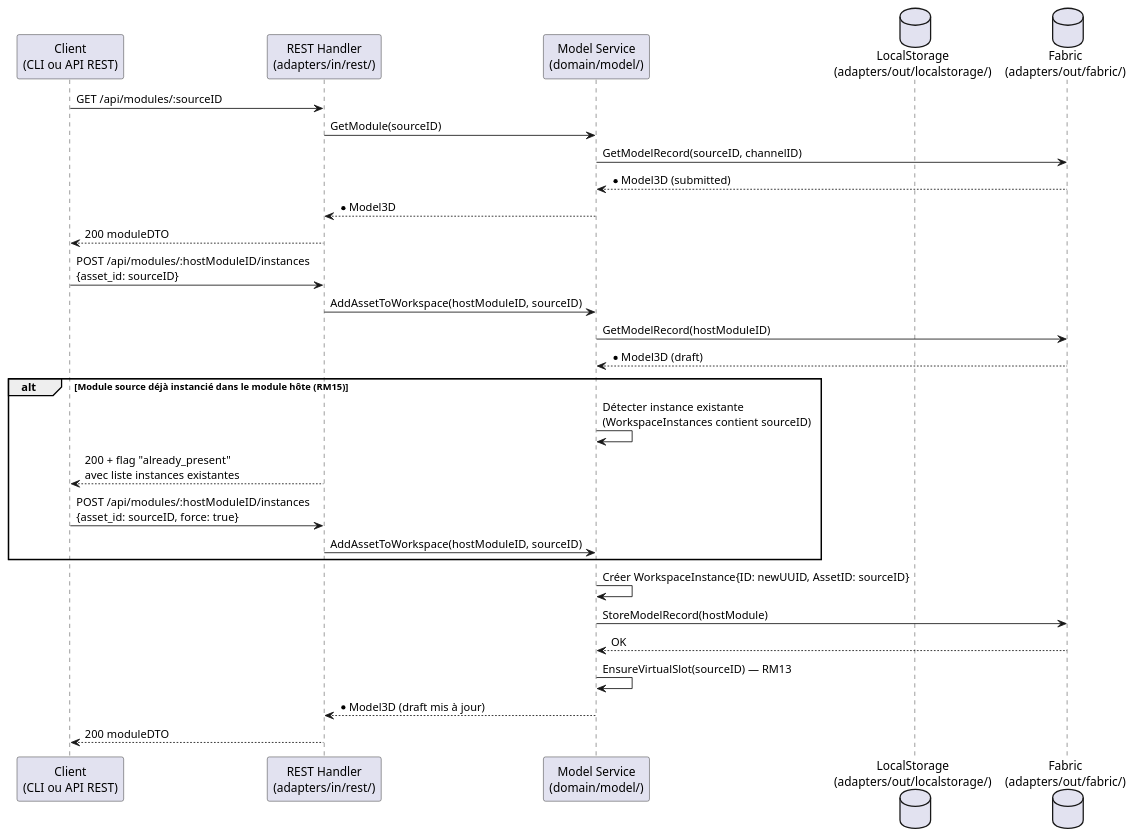
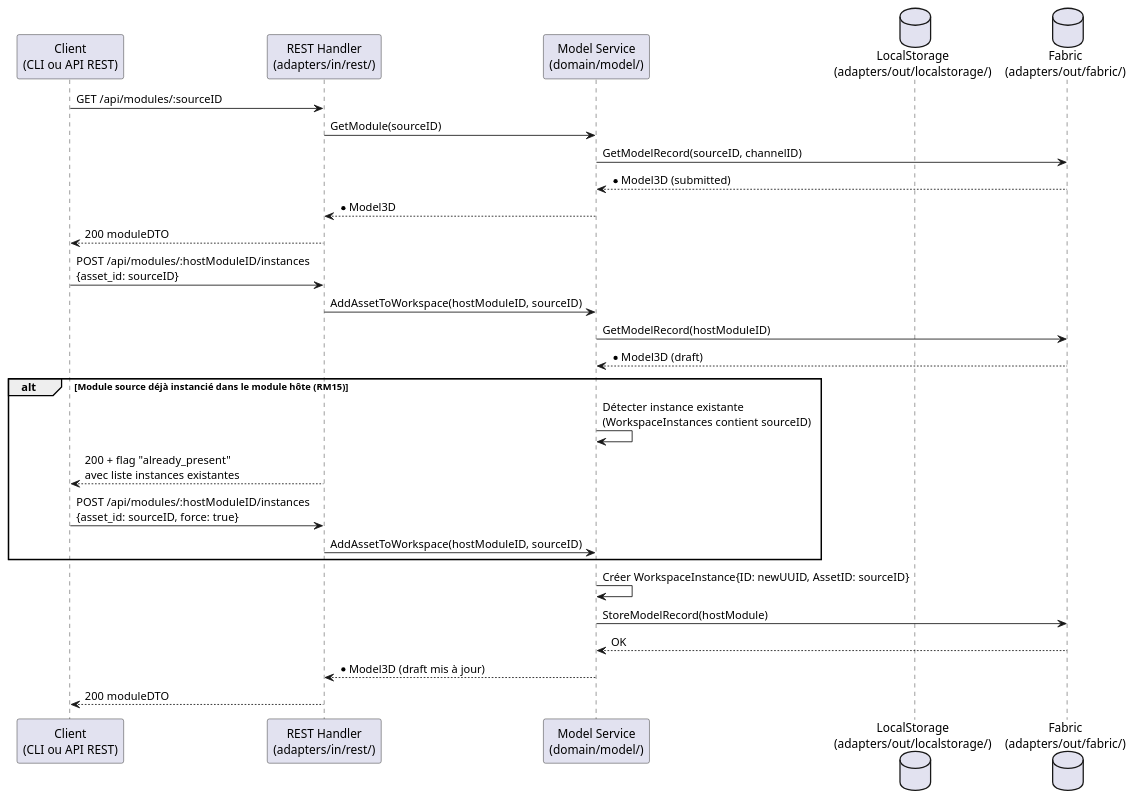
Before and after one commit to myr-forge/myr-core: the second of 2 diagrams in specs/2-Analyse/UCMOD-Module/UCMOD02.md, drawn with PlantUML. The commit also changed other lines of this file and 49 other files, not shown here.

````diff
--- a/specs/2-Analyse/UCMOD-Module/UCMOD02.md
+++ b/specs/2-Analyse/UCMOD-Module/UCMOD02.md
@@ -137,35 +134,34 @@
 ```plantuml
 @startuml
 participant "Client\n(CLI ou API REST)" as Client
 participant "REST Handler\n(adapters/in/rest/)" as REST
 participant "Model Service\n(domain/model/)" as Service
 database "LocalStorage\n(adapters/out/localstorage/)" as Local
 database "Fabric\n(adapters/out/fabric/)" as Fabric
 
 Client -> REST : GET /api/modules/:sourceID
 REST -> Service : GetModule(sourceID)
 Service -> Fabric : GetModelRecord(sourceID, channelID)
 Fabric --> Service : *Model3D (submitted)
 Service --> REST : *Model3D
 REST --> Client : 200 moduleDTO
 
 Client -> REST : POST /api/modules/:hostModuleID/instances\n{asset_id: sourceID}
 REST -> Service : AddAssetToWorkspace(hostModuleID, sourceID)
 Service -> Fabric : GetModelRecord(hostModuleID)
 Fabric --> Service : *Model3D (draft)
 
 alt Module source déjà instancié dans le module hôte (RM15)
     Service -> Service : Détecter instance existante\n(WorkspaceInstances contient sourceID)
     REST --> Client : 200 + flag "already_present"\navec liste instances existantes
     Client -> REST : POST /api/modules/:hostModuleID/instances\n{asset_id: sourceID, force: true}
     REST -> Service : AddAssetToWorkspace(hostModuleID, sourceID)
 end
 
 Service -> Service : Créer WorkspaceInstance{ID: newUUID, AssetID: sourceID}
 Service -> Fabric : StoreModelRecord(hostModule)
 Fabric --> Service : OK
-Service -> Service : EnsureVirtualSlot(sourceID) — RM13
 Service --> REST : *Model3D (draft mis à jour)
 REST --> Client : 200 moduleDTO
 @enduml
 ```
````
